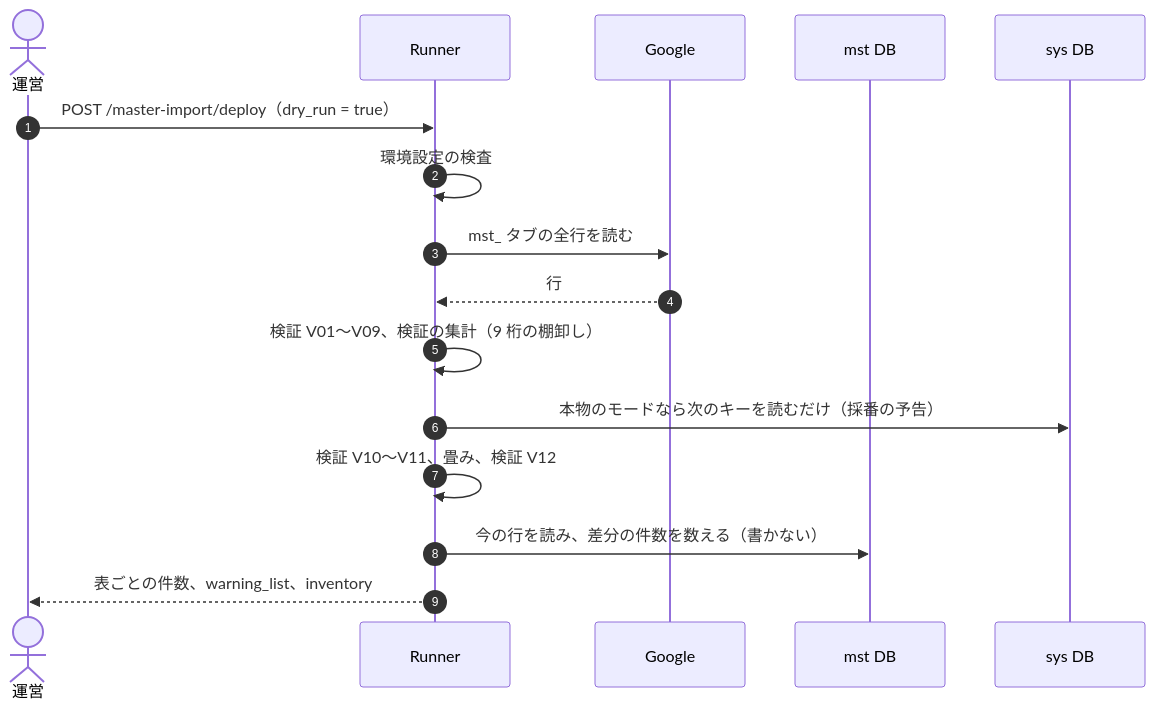
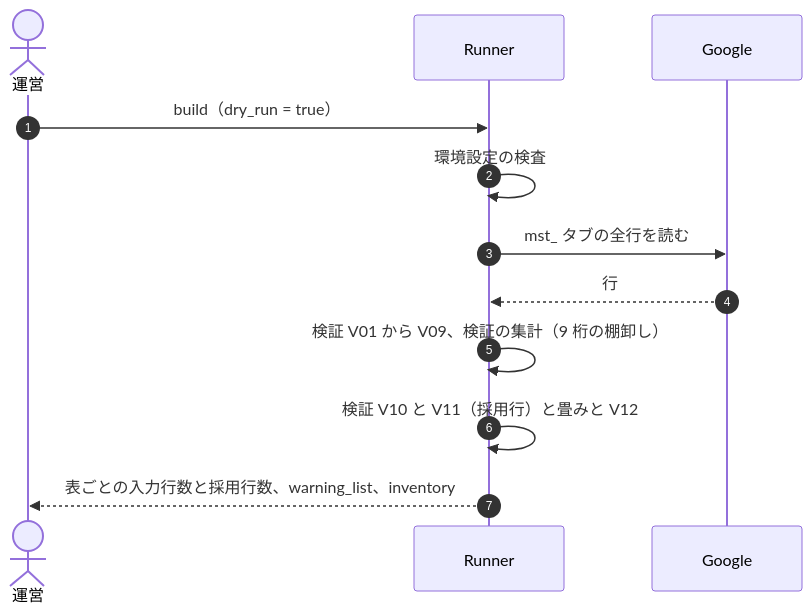
Before and after one commit to BENieBlack/NexusMobileGameServer-Laravel: the tenth of 20 diagrams in docs/design/master-distribution/sequence.md, drawn with Mermaid. The commit also changed other lines of this file and 2 other files, not shown here.

Commit message:
docs: マスター配信のサーバー設計（db・api・sequence）を版ごとの mst DB と start_at の切り替えに書き直す（design-change） (#47)

````diff
--- a/docs/design/master-distribution/sequence.md
+++ b/docs/design/master-distribution/sequence.md
@@ -87,19 +405,15 @@
 ```mermaid
 sequenceDiagram
     autonumber
     actor OP as 運営
     participant R as Runner
     participant G as Google
-    participant MST as mst DB
-    participant SYS as sys DB
 
-    OP->>R: POST /master-import/deploy（dry_run = true）
+    OP->>R: build（dry_run = true）
     R->>R: 環境設定の検査
     R->>G: mst_ タブの全行を読む
     G-->>R: 行
-    R->>R: 検証 V01〜V09、検証の集計（9 桁の棚卸し）
-    R->>SYS: 本物のモードなら次のキーを読むだけ（採番の予告）
-    R->>R: 検証 V10〜V11、畳み、検証 V12
-    R->>MST: 今の行を読み、差分の件数を数える（書かない）
-    R-->>OP: 表ごとの件数、warning_list、inventory
+    R->>R: 検証 V01 から V09、検証の集計（9 桁の棚卸し）
+    R->>R: 検証 V10 と V11（採用行）と畳みと V12
+    R-->>OP: 表ごとの入力行数と採用行数、warning_list、inventory
 ```
````
